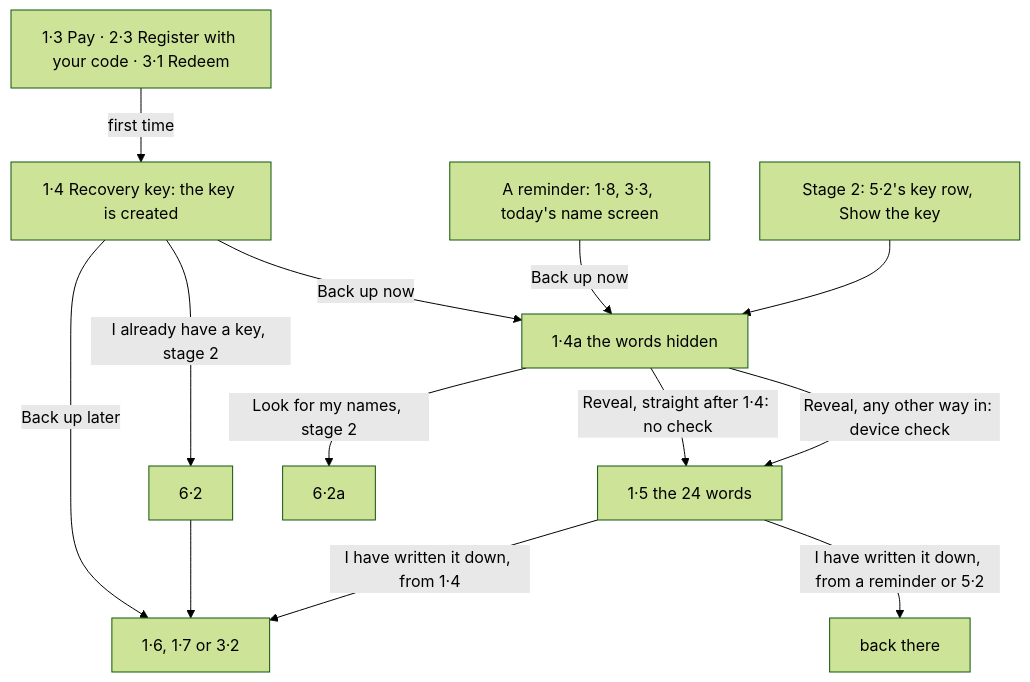
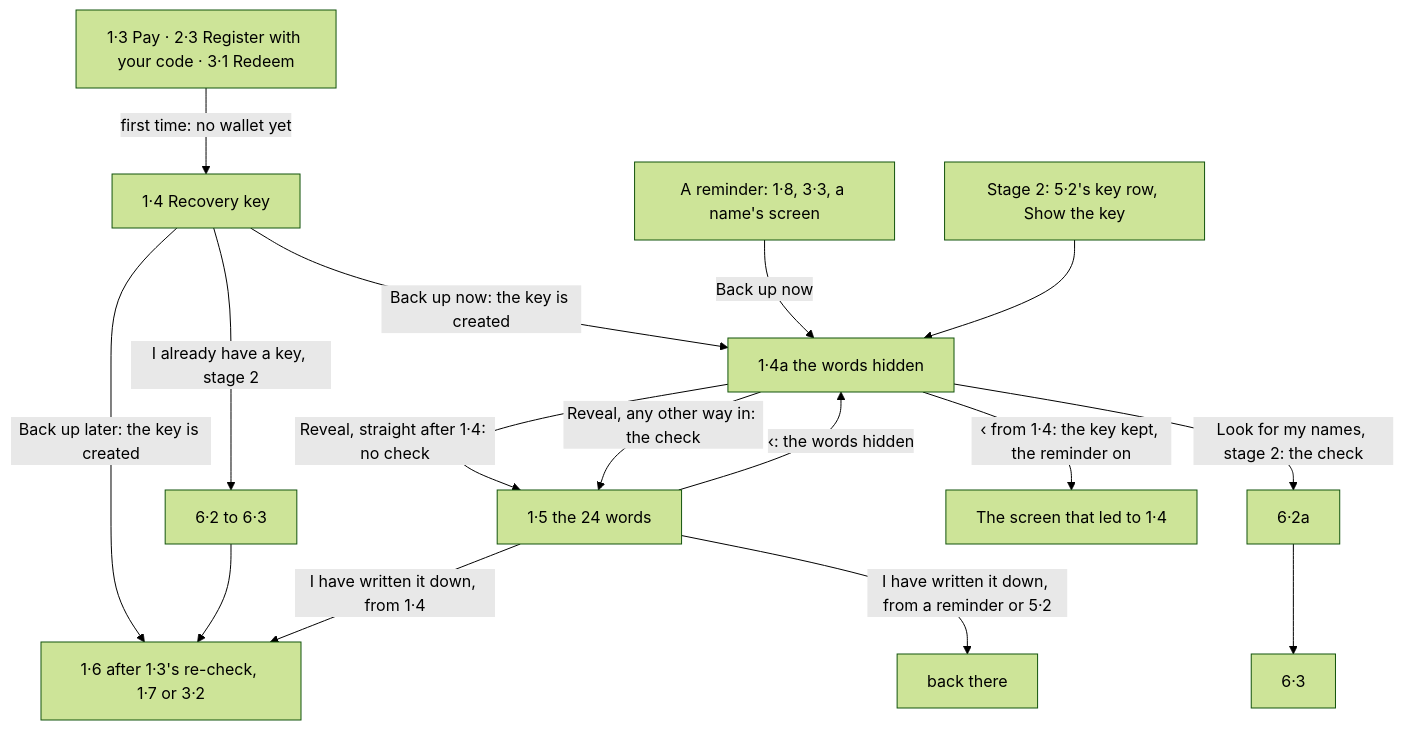
One commit to simplex-chat/simplex-chat changed the first of 2 diagrams in plans/2026-10-30-names-in-app-purchases.md. Above: the diagram before and after it, drawn with Mermaid (forest theme). The commit also changed other lines of this file, not shown here.

Commit message:
docs: names plan guards the recovery words with the device's own check

````diff
--- a/plans/2026-10-30-names-in-app-purchases.md
+++ b/plans/2026-10-30-names-in-app-purchases.md
@@ -522,15 +524,18 @@
 ```mermaid
 flowchart TD
-  order["1·3 Pay · 2·3 Register with your code · 3·1 Redeem"] -->|first time| key["1·4 Recovery key: the key is created"]
-  key -->|Back up now| hidden["1·4a the words hidden"]
-  key -->|Back up later| next["1·6, 1·7 or 3·2"]
-  key -->|"I already have a key, stage 2"| restore["6·2"]
+  order["1·3 Pay · 2·3 Register with your code · 3·1 Redeem"] -->|"first time: no wallet yet"| key["1·4 Recovery key"]
+  key -->|"Back up now: the key is created"| hidden["1·4a the words hidden"]
+  key -->|"Back up later: the key is created"| next["1·6 after 1·3's re-check, 1·7 or 3·2"]
+  key -->|"I already have a key, stage 2"| restore["6·2 to 6·3"]
   restore --> next
-  reminder["A reminder: 1·8, 3·3, today's name screen"] -->|Back up now| hidden
+  reminder["A reminder: 1·8, 3·3, a name's screen"] -->|Back up now| hidden
   hub["Stage 2: 5·2's key row, Show the key"] --> hidden
   hidden -->|"Reveal, straight after 1·4: no check"| words["1·5 the 24 words"]
-  hidden -->|"Reveal, any other way in: device check"| words
-  hidden -->|"Look for my names, stage 2"| scan["6·2a"]
+  hidden -->|"Reveal, any other way in: the check"| words
+  hidden -->|"Look for my names, stage 2: the check"| scan["6·2a"]
+  scan --> found["6·3"]
+  hidden -->|"‹ from 1·4: the key kept, the reminder on"| before["The screen that led to 1·4"]
+  words -->|"‹: the words hidden"| hidden
   words -->|"I have written it down, from 1·4"| next
   words -->|"I have written it down, from a reminder or 5·2"| back["back there"]
 ```
````
